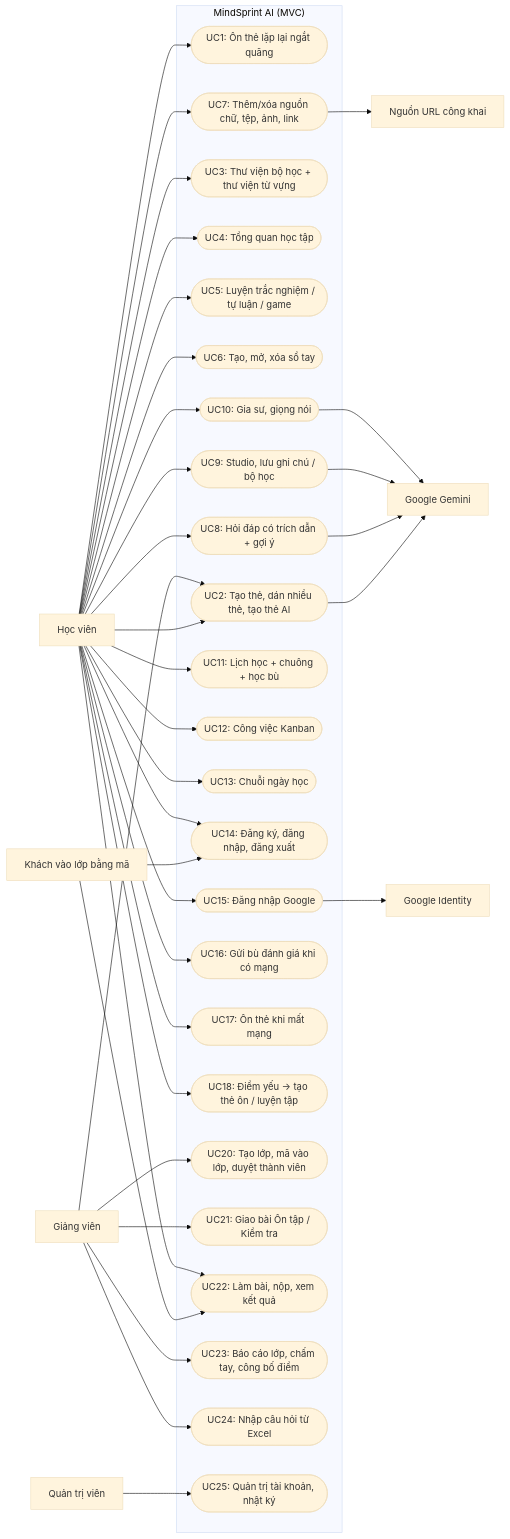
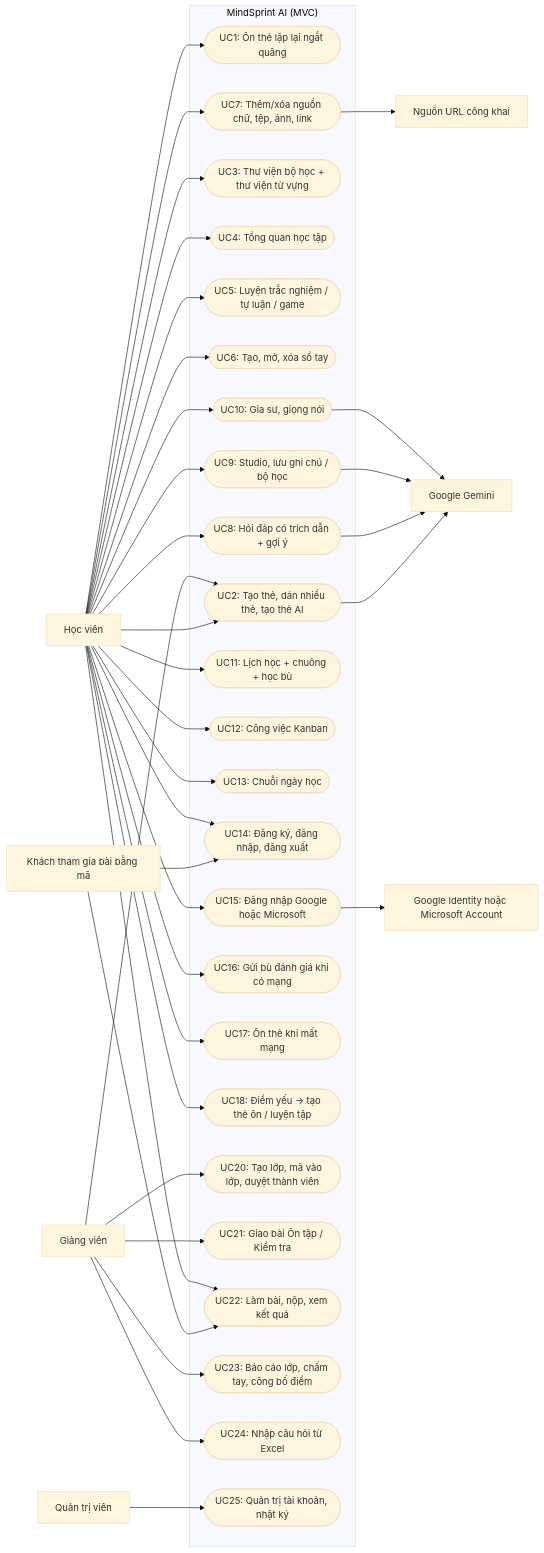
One commit to tungtungsahul/MindSprint-AI-D-n changed the second of 7 diagrams in docs/cnpm/TAI_LIEU_KIEN_TRUC_MOI.md. Above: the diagram before and after it, drawn with Mermaid (base theme). The commit also changed other lines of this file and 6 other files, not shown here.

````diff
--- a/docs/cnpm/TAI_LIEU_KIEN_TRUC_MOI.md
+++ b/docs/cnpm/TAI_LIEU_KIEN_TRUC_MOI.md
@@ -50,44 +50,44 @@
 ```mermaid
 flowchart LR
-    Guest["Khách vào lớp bằng mã"]
+    Guest["Khách tham gia bài bằng mã"]
     Learner["Học viên"]
     Lecturer["Giảng viên"]
     Admin["Quản trị viên"]
     AI["Google Gemini"]
-    Google["Google Identity"]
+    IdentityProvider["Google Identity hoặc Microsoft Account"]
     Web["Nguồn URL công khai"]
     subgraph App["MindSprint AI (MVC)"]
         UC1(["UC1: Ôn thẻ lặp lại ngắt quãng"])
         UC2(["UC2: Tạo thẻ, dán nhiều thẻ, tạo thẻ AI"])
         UC3(["UC3: Thư viện bộ học + thư viện từ vựng"])
         UC4(["UC4: Tổng quan học tập"])
         UC5(["UC5: Luyện trắc nghiệm / tự luận / game"])
         UC6(["UC6: Tạo, mở, xóa sổ tay"])
         UC7(["UC7: Thêm/xóa nguồn chữ, tệp, ảnh, link"])
         UC8(["UC8: Hỏi đáp có trích dẫn + gợi ý"])
         UC9(["UC9: Studio, lưu ghi chú / bộ học"])
         UC10(["UC10: Gia sư, giọng nói"])
         UC11(["UC11: Lịch học + chuông + học bù"])
         UC12(["UC12: Công việc Kanban"])
         UC13(["UC13: Chuỗi ngày học"])
         UC14(["UC14: Đăng ký, đăng nhập, đăng xuất"])
-        UC15(["UC15: Đăng nhập Google"])
+        UC15(["UC15: Đăng nhập Google hoặc Microsoft"])
         UC16(["UC16: Gửi bù đánh giá khi có mạng"])
         UC17(["UC17: Ôn thẻ khi mất mạng"])
         UC18(["UC18: Điểm yếu → tạo thẻ ôn / luyện tập"])
         UC20(["UC20: Tạo lớp, mã vào lớp, duyệt thành viên"])
         UC21(["UC21: Giao bài Ôn tập / Kiểm tra"])
         UC22(["UC22: Làm bài, nộp, xem kết quả"])
         UC23(["UC23: Báo cáo lớp, chấm tay, công bố điểm"])
         UC24(["UC24: Nhập câu hỏi từ Excel"])
         UC25(["UC25: Quản trị tài khoản, nhật ký"])
     end
     Guest --> UC14 & UC22
     Learner --> UC1 & UC2 & UC3 & UC4 & UC5 & UC6 & UC7 & UC8 & UC9
     Learner --> UC10 & UC11 & UC12 & UC13 & UC14 & UC15 & UC16 & UC17 & UC18 & UC22
     Lecturer --> UC2 & UC20 & UC21 & UC23 & UC24
     Admin --> UC25
     UC2 & UC8 & UC9 & UC10 --> AI
-    UC15 --> Google
+    UC15 --> IdentityProvider
     UC7 --> Web
 ```
````
